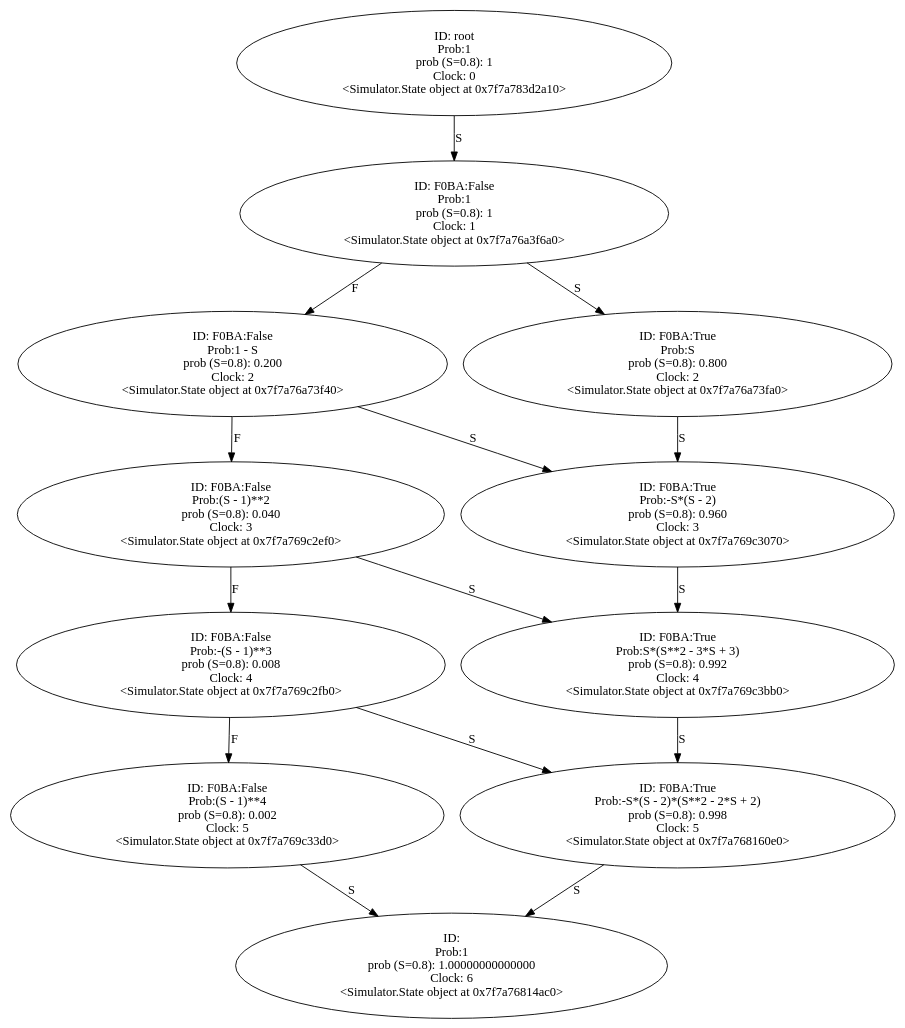
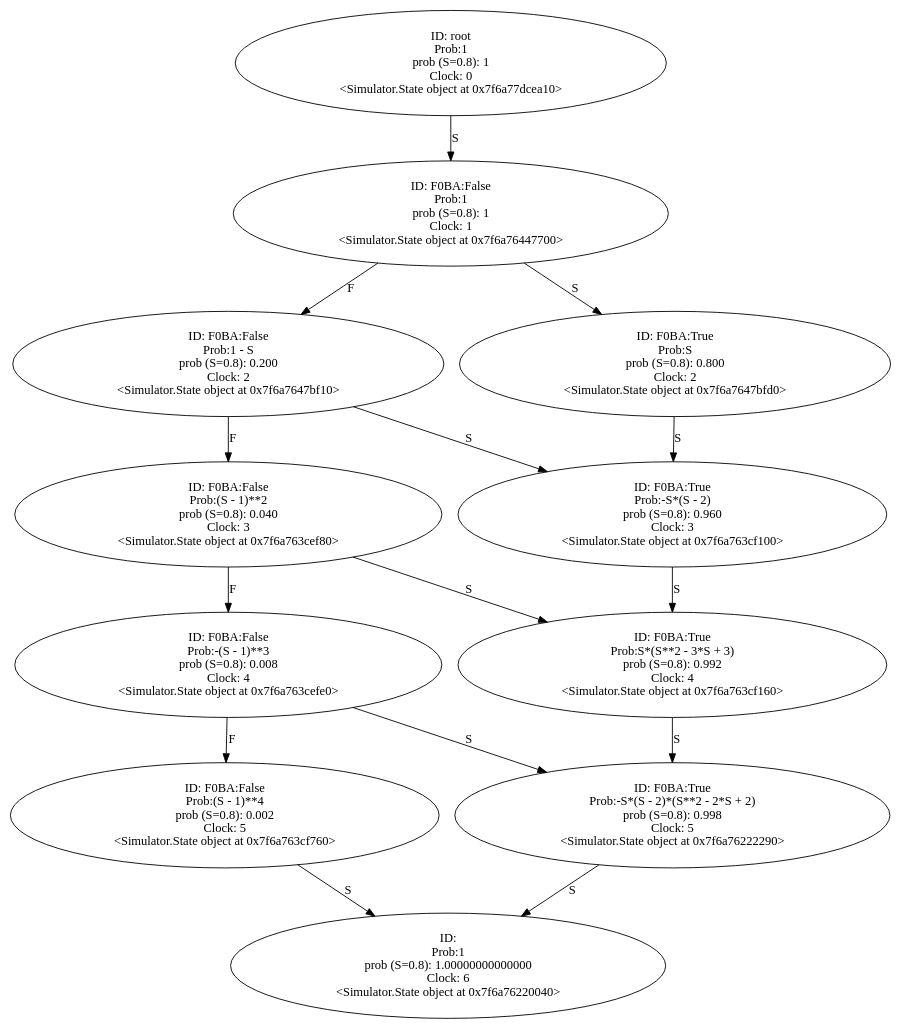
Before and after one commit to YasinBoloorchi/WARP-Simulator: the diagram in Output/pulls.wrp.gv, drawn with Graphviz. The commit also changed 12 other files, not shown here.

```diff
--- a/Output/pulls.wrp.gv
+++ b/Output/pulls.wrp.gv
@@ -1,71 +1,71 @@
 digraph "./Output/pulls.wrp" {
-	<Simulator.State object at 0x7f7a783d2a10> [label="ID: root
+	<Simulator.State object at 0x7f6a77dcea10> [label="ID: root
 Prob:1
 prob (S=0.8): 1
 Clock: 0
-<Simulator.State object at 0x7f7a783d2a10>"]
-	<Simulator.State object at 0x7f7a783d2a10> -> <Simulator.State object at 0x7f7a76a3f6a0> [label=S]
-	<Simulator.State object at 0x7f7a76a3f6a0> [label="ID: F0BA:False
+<Simulator.State object at 0x7f6a77dcea10>"]
+	<Simulator.State object at 0x7f6a77dcea10> -> <Simulator.State object at 0x7f6a76447700> [label=S]
+	<Simulator.State object at 0x7f6a76447700> [label="ID: F0BA:False
 Prob:1
 prob (S=0.8): 1
 Clock: 1
-<Simulator.State object at 0x7f7a76a3f6a0>"]
-	<Simulator.State object at 0x7f7a76a3f6a0> -> <Simulator.State object at 0x7f7a76a73f40> [label=F]
-	<Simulator.State object at 0x7f7a76a3f6a0> -> <Simulator.State object at 0x7f7a76a73fa0> [label=S]
-	<Simulator.State object at 0x7f7a76a73f40> [label="ID: F0BA:False
+<Simulator.State object at 0x7f6a76447700>"]
+	<Simulator.State object at 0x7f6a76447700> -> <Simulator.State object at 0x7f6a7647bf10> [label=F]
+	<Simulator.State object at 0x7f6a76447700> -> <Simulator.State object at 0x7f6a7647bfd0> [label=S]
+	<Simulator.State object at 0x7f6a7647bf10> [label="ID: F0BA:False
 Prob:1 - S
 prob (S=0.8): 0.200
 Clock: 2
-<Simulator.State object at 0x7f7a76a73f40>"]
-	<Simulator.State object at 0x7f7a76a73f40> -> <Simulator.State object at 0x7f7a769c2ef0> [label=F]
-	<Simulator.State object at 0x7f7a76a73f40> -> <Simulator.State object at 0x7f7a769c3070> [label=S]
-	<Simulator.State object at 0x7f7a76a73fa0> [label="ID: F0BA:True
+<Simulator.State object at 0x7f6a7647bf10>"]
+	<Simulator.State object at 0x7f6a7647bf10> -> <Simulator.State object at 0x7f6a763cef80> [label=F]
+	<Simulator.State object at 0x7f6a7647bf10> -> <Simulator.State object at 0x7f6a763cf100> [label=S]
+	<Simulator.State object at 0x7f6a7647bfd0> [label="ID: F0BA:True
 Prob:S
 prob (S=0.8): 0.800
 Clock: 2
-<Simulator.State object at 0x7f7a76a73fa0>"]
-	<Simulator.State object at 0x7f7a76a73fa0> -> <Simulator.State object at 0x7f7a769c3070> [label=S]
-	<Simulator.State object at 0x7f7a769c2ef0> [label="ID: F0BA:False
+<Simulator.State object at 0x7f6a7647bfd0>"]
+	<Simulator.State object at 0x7f6a7647bfd0> -> <Simulator.State object at 0x7f6a763cf100> [label=S]
+	<Simulator.State object at 0x7f6a763cef80> [label="ID: F0BA:False
 Prob:(S - 1)**2
 prob (S=0.8): 0.040
 Clock: 3
-<Simulator.State object at 0x7f7a769c2ef0>"]
-	<Simulator.State object at 0x7f7a769c2ef0> -> <Simulator.State object at 0x7f7a769c2fb0> [label=F]
-	<Simulator.State object at 0x7f7a769c2ef0> -> <Simulator.State object at 0x7f7a769c3bb0> [label=S]
-	<Simulator.State object at 0x7f7a769c3070> [label="ID: F0BA:True
+<Simulator.State object at 0x7f6a763cef80>"]
+	<Simulator.State object at 0x7f6a763cef80> -> <Simulator.State object at 0x7f6a763cefe0> [label=F]
+	<Simulator.State object at 0x7f6a763cef80> -> <Simulator.State object at 0x7f6a763cf160> [label=S]
+	<Simulator.State object at 0x7f6a763cf100> [label="ID: F0BA:True
 Prob:-S*(S - 2)
 prob (S=0.8): 0.960
 Clock: 3
-<Simulator.State object at 0x7f7a769c3070>"]
-	<Simulator.State object at 0x7f7a769c3070> -> <Simulator.State object at 0x7f7a769c3bb0> [label=S]
-	<Simulator.State object at 0x7f7a769c2fb0> [label="ID: F0BA:False
+<Simulator.State object at 0x7f6a763cf100>"]
+	<Simulator.State object at 0x7f6a763cf100> -> <Simulator.State object at 0x7f6a763cf160> [label=S]
+	<Simulator.State object at 0x7f6a763cefe0> [label="ID: F0BA:False
 Prob:-(S - 1)**3
 prob (S=0.8): 0.008
 Clock: 4
-<Simulator.State object at 0x7f7a769c2fb0>"]
-	<Simulator.State object at 0x7f7a769c2fb0> -> <Simulator.State object at 0x7f7a769c33d0> [label=F]
-	<Simulator.State object at 0x7f7a769c2fb0> -> <Simulator.State object at 0x7f7a768160e0> [label=S]
-	<Simulator.State object at 0x7f7a769c3bb0> [label="ID: F0BA:True
+<Simulator.State object at 0x7f6a763cefe0>"]
+	<Simulator.State object at 0x7f6a763cefe0> -> <Simulator.State object at 0x7f6a763cf760> [label=F]
+	<Simulator.State object at 0x7f6a763cefe0> -> <Simulator.State object at 0x7f6a76222290> [label=S]
+	<Simulator.State object at 0x7f6a763cf160> [label="ID: F0BA:True
 Prob:S*(S**2 - 3*S + 3)
 prob (S=0.8): 0.992
 Clock: 4
-<Simulator.State object at 0x7f7a769c3bb0>"]
-	<Simulator.State object at 0x7f7a769c3bb0> -> <Simulator.State object at 0x7f7a768160e0> [label=S]
-	<Simulator.State object at 0x7f7a769c33d0> [label="ID: F0BA:False
+<Simulator.State object at 0x7f6a763cf160>"]
+	<Simulator.State object at 0x7f6a763cf160> -> <Simulator.State object at 0x7f6a76222290> [label=S]
+	<Simulator.State object at 0x7f6a763cf760> [label="ID: F0BA:False
 Prob:(S - 1)**4
 prob (S=0.8): 0.002
 Clock: 5
-<Simulator.State object at 0x7f7a769c33d0>"]
-	<Simulator.State object at 0x7f7a769c33d0> -> <Simulator.State object at 0x7f7a76814ac0> [label=S]
-	<Simulator.State object at 0x7f7a768160e0> [label="ID: F0BA:True
+<Simulator.State object at 0x7f6a763cf760>"]
+	<Simulator.State object at 0x7f6a763cf760> -> <Simulator.State object at 0x7f6a76220040> [label=S]
+	<Simulator.State object at 0x7f6a76222290> [label="ID: F0BA:True
 Prob:-S*(S - 2)*(S**2 - 2*S + 2)
 prob (S=0.8): 0.998
 Clock: 5
-<Simulator.State object at 0x7f7a768160e0>"]
-	<Simulator.State object at 0x7f7a768160e0> -> <Simulator.State object at 0x7f7a76814ac0> [label=S]
-	<Simulator.State object at 0x7f7a76814ac0> [label="ID: 
+<Simulator.State object at 0x7f6a76222290>"]
+	<Simulator.State object at 0x7f6a76222290> -> <Simulator.State object at 0x7f6a76220040> [label=S]
+	<Simulator.State object at 0x7f6a76220040> [label="ID: 
 Prob:1
 prob (S=0.8): 1.00000000000000
 Clock: 6
-<Simulator.State object at 0x7f7a76814ac0>"]
+<Simulator.State object at 0x7f6a76220040>"]
 }
```
